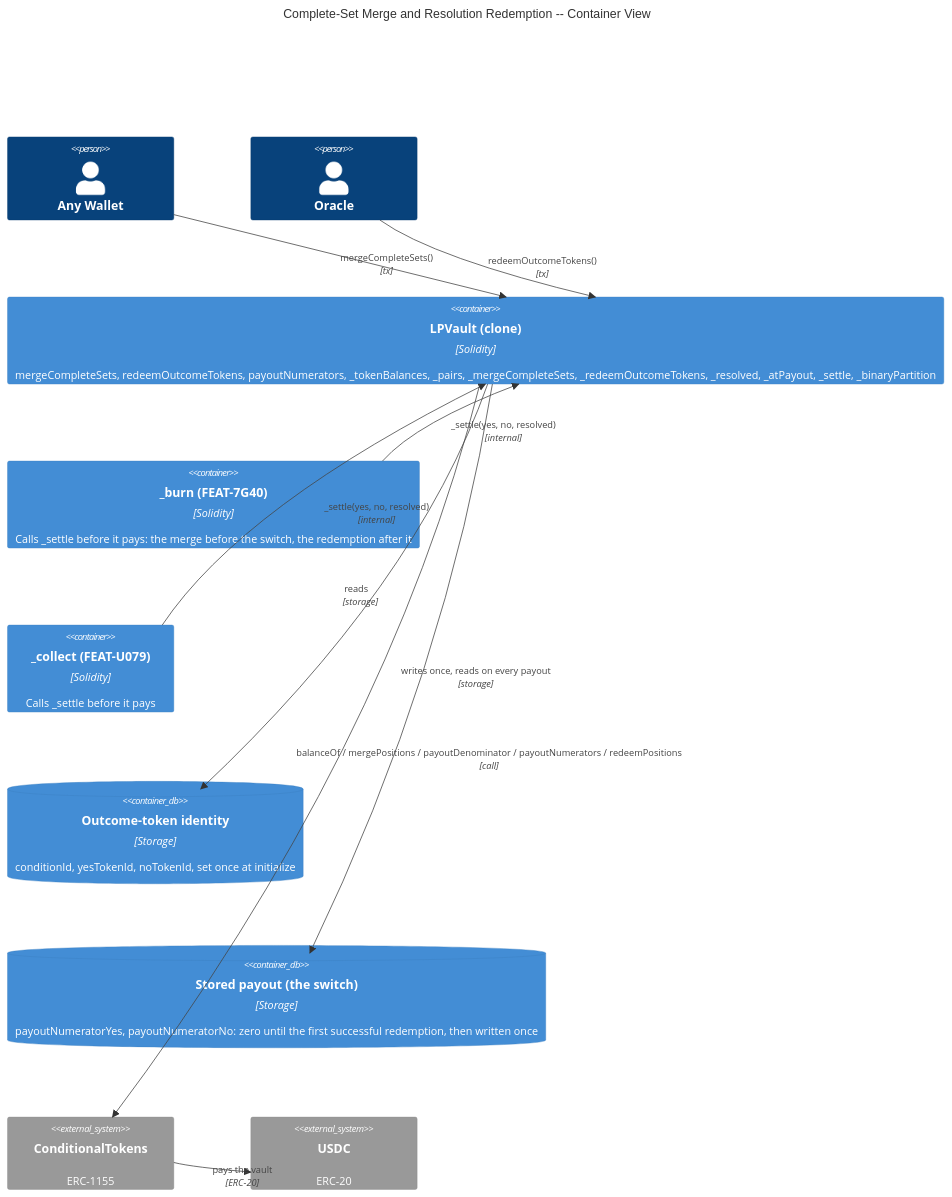
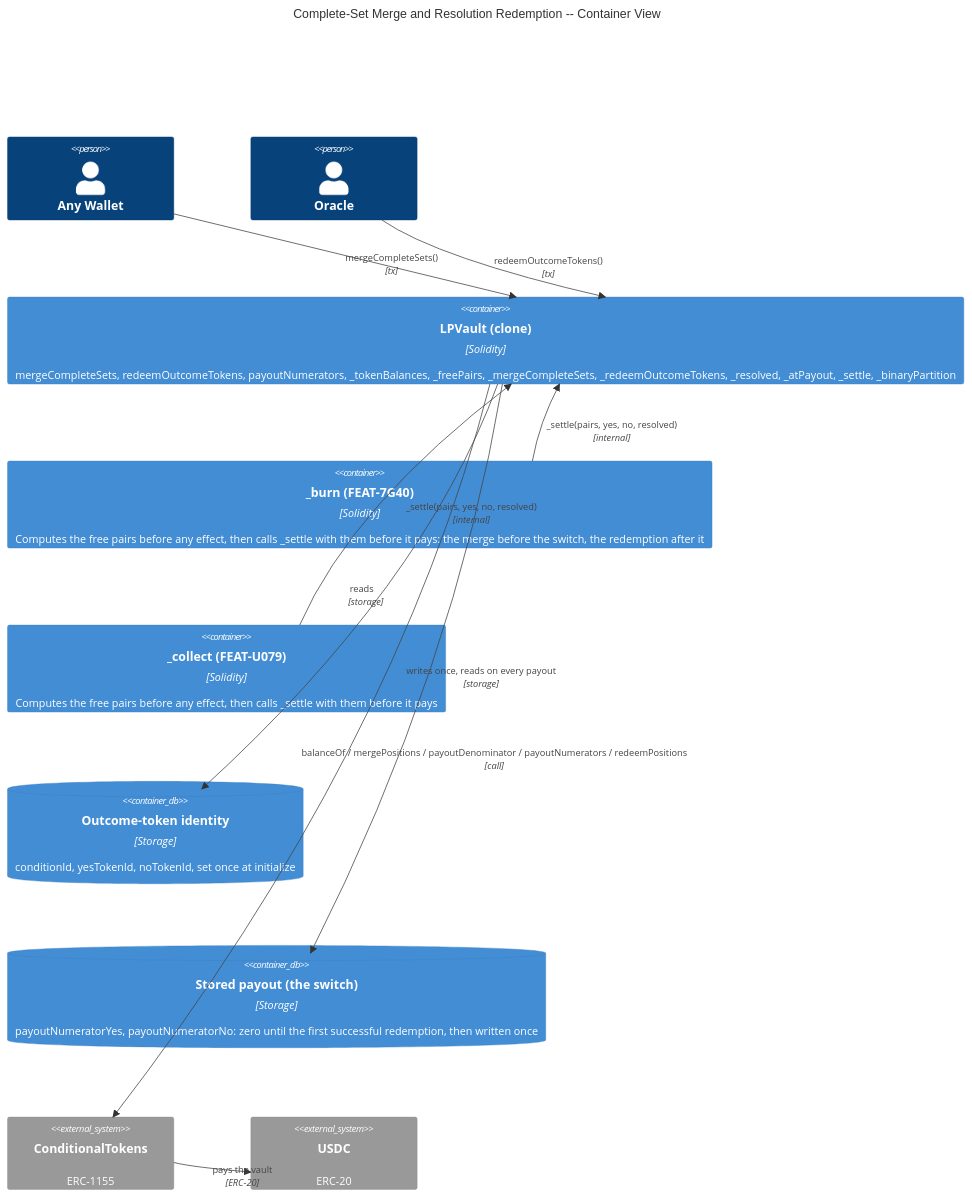
Before and after one commit to ProphetMarket/lp-vaults: the second of 3 diagrams in specs/features/contracts/FEAT-6HBN-complete-set-merge-and-resolution/ARCHITECTURE.md, drawn with Mermaid. The commit also changed other lines of this file and 16 other files, not shown here.

First line of the commit message:
spec (vault): Specify the free-pairs merge

````diff
--- a/specs/features/contracts/FEAT-6HBN-complete-set-merge-and-resolution/ARCHITECTURE.md
+++ b/specs/features/contracts/FEAT-6HBN-complete-set-merge-and-resolution/ARCHITECTURE.md
@@ -33,21 +33,21 @@
 ```mermaid
 C4Container
     title Complete-Set Merge and Resolution Redemption -- Container View
     Person(wallet, "Any Wallet")
     Person(oracle, "Oracle")
-    Container(vault, "LPVault (clone)", "Solidity", "mergeCompleteSets, redeemOutcomeTokens, payoutNumerators, _tokenBalances, _pairs, _mergeCompleteSets, _redeemOutcomeTokens, _resolved, _atPayout, _settle, _binaryPartition")
-    Container(burn, "_burn (FEAT-7G40)", "Solidity", "Calls _settle before it pays: the merge before the switch, the redemption after it")
-    Container(collect, "_collect (FEAT-U079)", "Solidity", "Calls _settle before it pays")
+    Container(vault, "LPVault (clone)", "Solidity", "mergeCompleteSets, redeemOutcomeTokens, payoutNumerators, _tokenBalances, _freePairs, _mergeCompleteSets, _redeemOutcomeTokens, _resolved, _atPayout, _settle, _binaryPartition")
+    Container(burn, "_burn (FEAT-7G40)", "Solidity", "Computes the free pairs before any effect, then calls _settle with them before it pays: the merge before the switch, the redemption after it")
+    Container(collect, "_collect (FEAT-U079)", "Solidity", "Computes the free pairs before any effect, then calls _settle with them before it pays")
     ContainerDb(identity, "Outcome-token identity", "Storage", "conditionId, yesTokenId, noTokenId, set once at initialize")
     ContainerDb(payout, "Stored payout (the switch)", "Storage", "payoutNumeratorYes, payoutNumeratorNo: zero until the first successful redemption, then written once")
     System_Ext(ctf, "ConditionalTokens", "ERC-1155")
     System_Ext(usdc, "USDC", "ERC-20")
     Rel(wallet, vault, "mergeCompleteSets()", "tx")
     Rel(oracle, vault, "redeemOutcomeTokens()", "tx")
-    Rel(burn, vault, "_settle(yes, no, resolved)", "internal")
-    Rel(collect, vault, "_settle(yes, no, resolved)", "internal")
+    Rel(burn, vault, "_settle(pairs, yes, no, resolved)", "internal")
+    Rel(collect, vault, "_settle(pairs, yes, no, resolved)", "internal")
     Rel(vault, identity, "reads", "storage")
     Rel(vault, payout, "writes once, reads on every payout", "storage")
     Rel(vault, ctf, "balanceOf / mergePositions / payoutDenominator / payoutNumerators / redeemPositions", "call")
     Rel(ctf, usdc, "pays the vault", "ERC-20")
 ```
````
